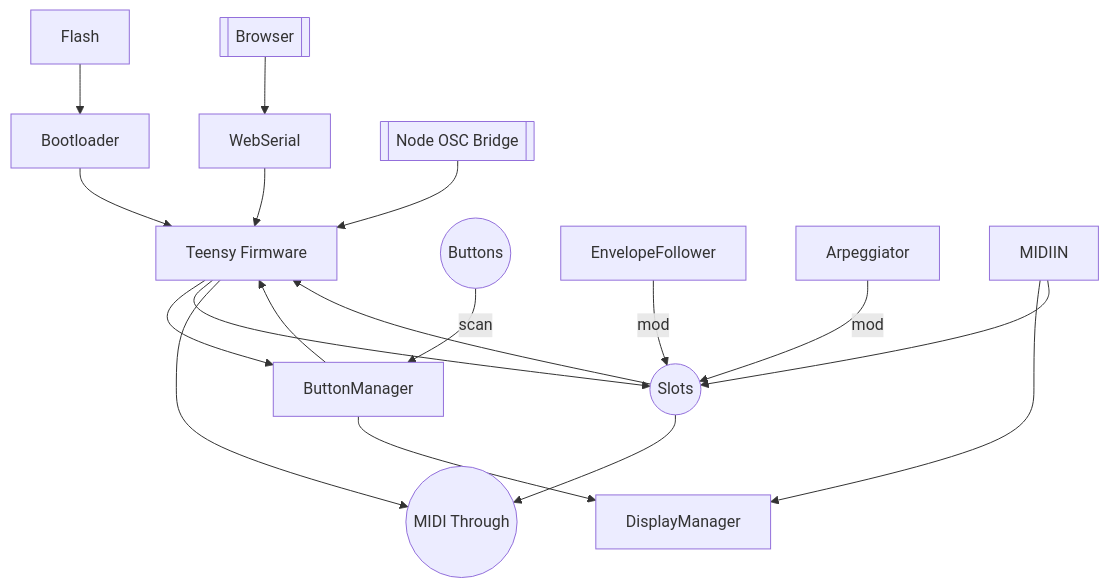
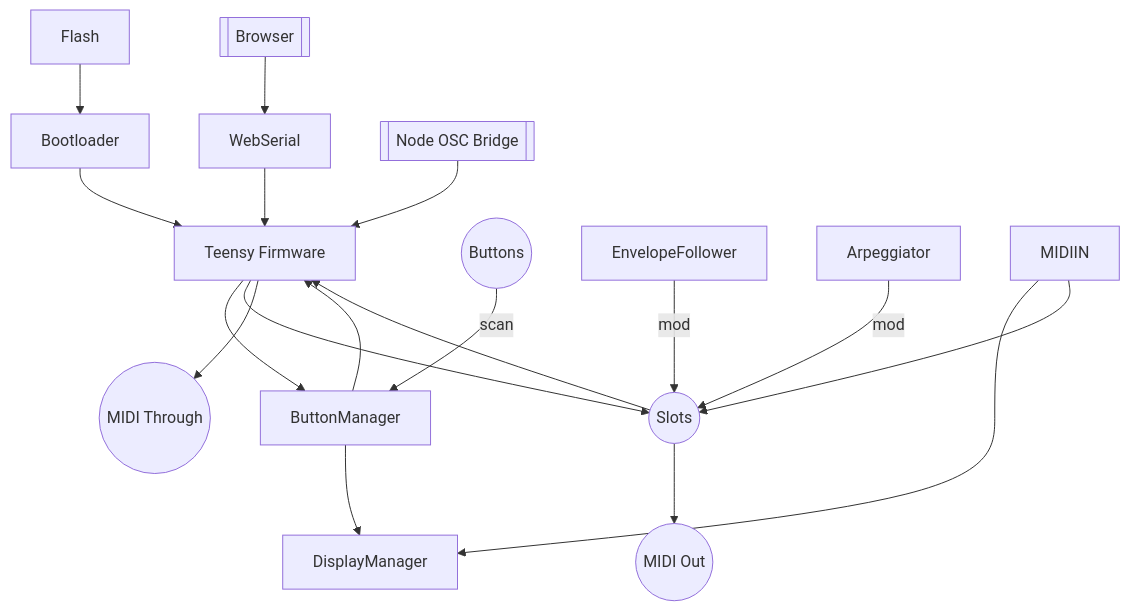
The diagram in docs/README.md (bseverns/MOARkNOBS-42), drawn with Mermaid before and after one commit.

````diff
--- a/docs/README.md
+++ b/docs/README.md
@@ -20,14 +20,14 @@
 ```mermaid
 flowchart TD
   Flash --> Loader[Bootloader] --> FW[Teensy Firmware]
   FW --> BM[ButtonManager] --> DM[DisplayManager]
   Buttons((Buttons)) -->|scan| BM --> FW
   EF[EnvelopeFollower] -->|mod| Slots((Slots))
   ARP[Arpeggiator] -->|mod| Slots((Slots))
   MIDIIN --> DM[DisplayManager]
   MIDIIN --> Slots((Slots)) --> FW
   Browser[[Browser]] --> WebSerial --> FW
   NodeOSC[[Node OSC Bridge]] --> FW
   FW --> Slots((Slots)) --> MIDIOut((MIDI Out))
-  FW --> MIDIOut((MIDI Through))
+  FW --> MIDIThrough((MIDI Through))
 ```
````
